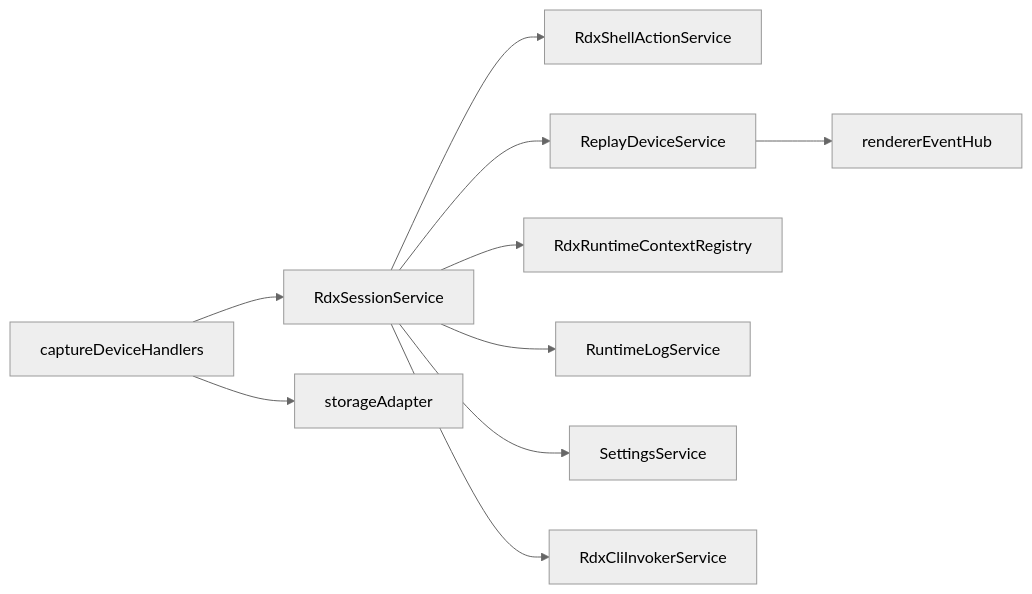
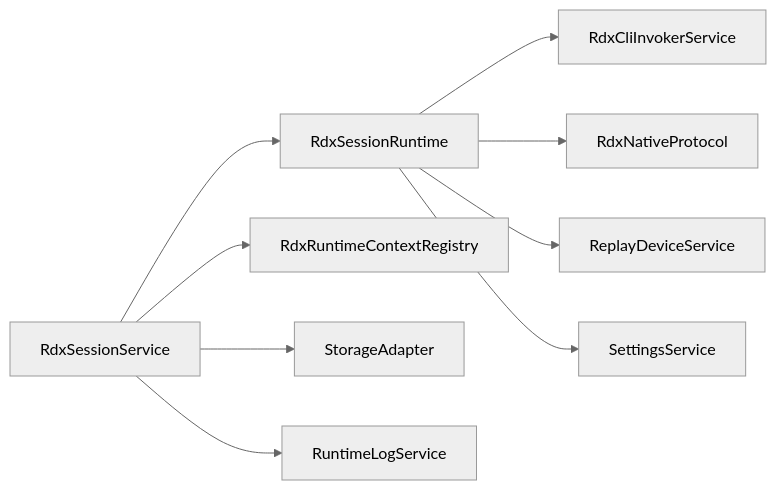
Before and after one commit to haolange/RDC-Agent: the sixth of 6 diagrams in .qoder/repowiki/zh/content/核心模块/会话管理系统/会话生命周期管理.md, drawn with Mermaid (neutral theme). The commit also changed other lines of this file and 221 other files, not shown here.

````diff
--- a/.qoder/repowiki/zh/content/核心模块/会话管理系统/会话生命周期管理.md
+++ b/.qoder/repowiki/zh/content/核心模块/会话管理系统/会话生命周期管理.md
@@ -274,12 +320,11 @@
 ```mermaid
 graph LR
-Svc["RdxSessionService"] --> Action["RdxShellActionService"]
-Svc --> Dev["ReplayDeviceService"]
+Svc["RdxSessionService"] --> Runtime["RdxSessionRuntime"]
+Runtime --> CLI["RdxCliInvokerService"]
+Runtime --> Protocol["RdxNativeProtocol"]
+Runtime --> Dev["ReplayDeviceService"]
+Runtime --> Settings["SettingsService"]
 Svc --> Ctx["RdxRuntimeContextRegistry"]
+Svc --> Storage["StorageAdapter"]
 Svc --> Log["RuntimeLogService"]
-Svc --> Settings["SettingsService"]
-Svc --> CLI["RdxCliInvokerService"]
-IPC["captureDeviceHandlers"] --> Svc
-IPC --> Storage["storageAdapter"]
-Dev --> Events["rendererEventHub"]
 ```
````
